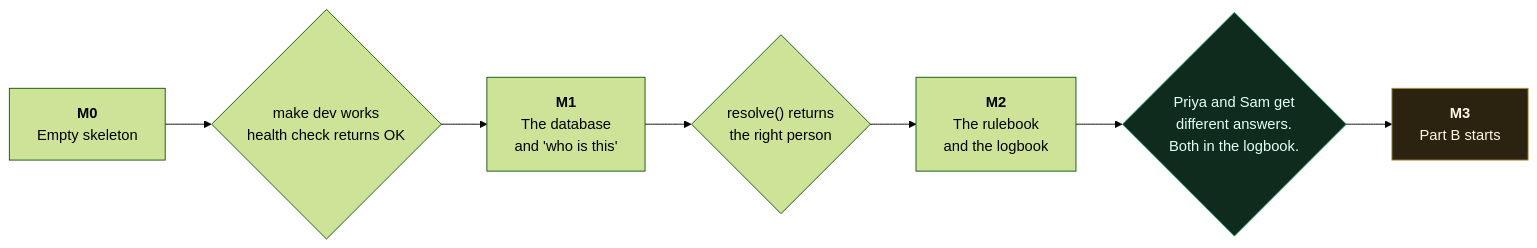
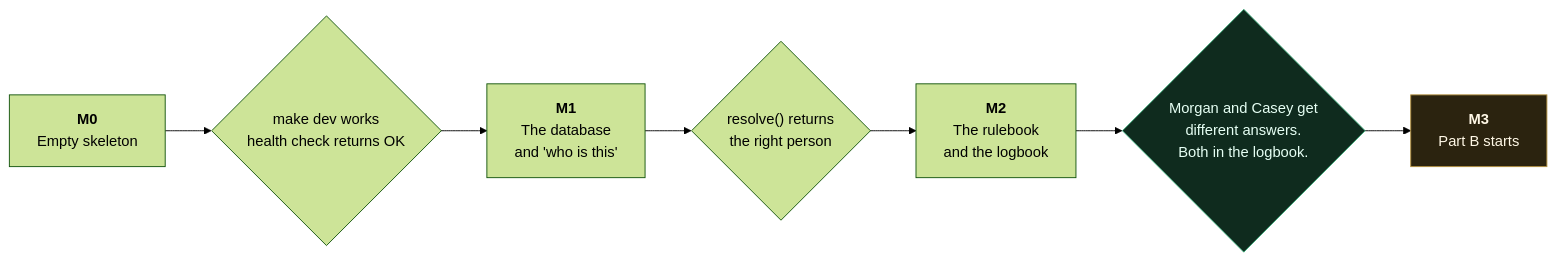
One commit to Parth-P-Parekh/Zero-Trace- changed the eighth of 8 diagrams in docs/07_PART_A_TECH_STACK.md. Above: the diagram before and after it, drawn with Mermaid (forest theme). The commit also changed other lines of this file and 61 other files, not shown here.

````diff
--- a/docs/07_PART_A_TECH_STACK.md
+++ b/docs/07_PART_A_TECH_STACK.md
@@ -404,12 +428,12 @@
 ```mermaid
 flowchart LR
   M0["<b>M0</b><br/>Empty skeleton"] --> G0{"make dev works<br/>health check returns OK"}
   G0 --> M1["<b>M1</b><br/>The database<br/>and 'who is this'"]
   M1 --> G1{"resolve() returns<br/>the right person"}
   G1 --> M2["<b>M2</b><br/>The rulebook<br/>and the logbook"]
-  M2 --> G2{"Priya and Sam get<br/>different answers.<br/>Both in the logbook."}
+  M2 --> G2{"Morgan and Casey get<br/>different answers.<br/>Both in the logbook."}
   G2 --> M3["<b>M3</b><br/>Part B starts"]
 
   style G2 fill:#0f2b1e,stroke:#3fb27f,color:#e6fff4
   style M3 fill:#2b230f,stroke:#b2903f,color:#fff8e6
 ```
````
